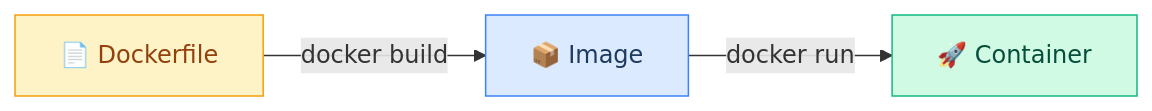
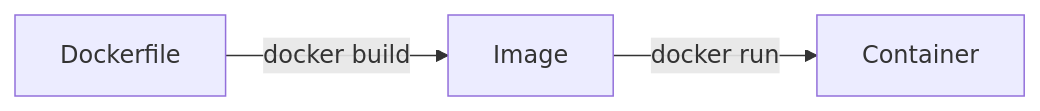
Before and after one commit to jouvanprb/jouvanprba.github.io: the diagram in _posts/2026-06-26-building-and-running-image-container.md, drawn with Mermaid.

Commit message:
test: fix mermaid version error

```diff
--- a/_posts/2026-06-26-building-and-running-image-container.md
+++ b/_posts/2026-06-26-building-and-running-image-container.md
@@ -20,8 +20,5 @@
 <div class="mermaid">
 flowchart LR
-    A[📄 Dockerfile] -->|docker build| B[📦 Image]
-    B -->|docker run| C[🚀 Container]
-    style A fill:#fef3c7,stroke:#f59e0b,color:#92400e
-    style B fill:#dbeafe,stroke:#3b82f6,color:#1e3a5f
-    style C fill:#d1fae5,stroke:#10b981,color:#064e3b
+    A[Dockerfile] -->|docker build| B[Image]
+    B -->|docker run| C[Container]
 </div>
```
